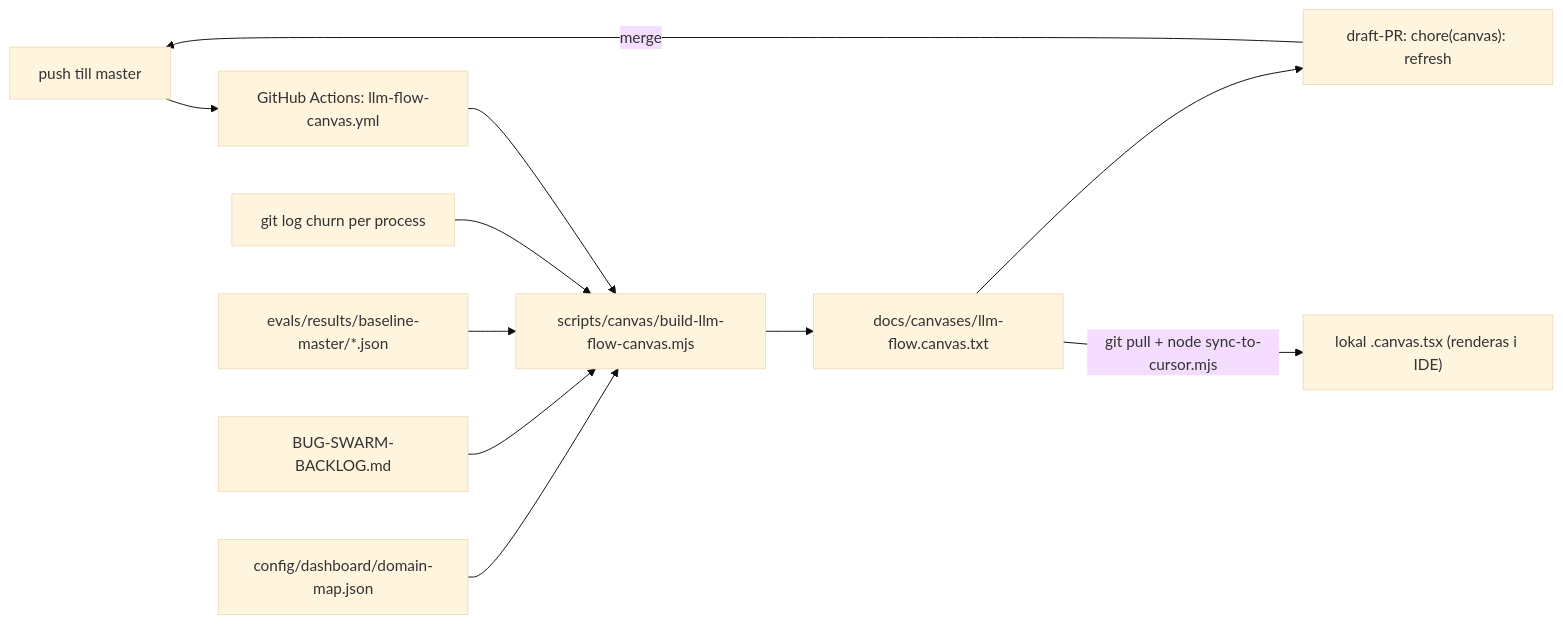
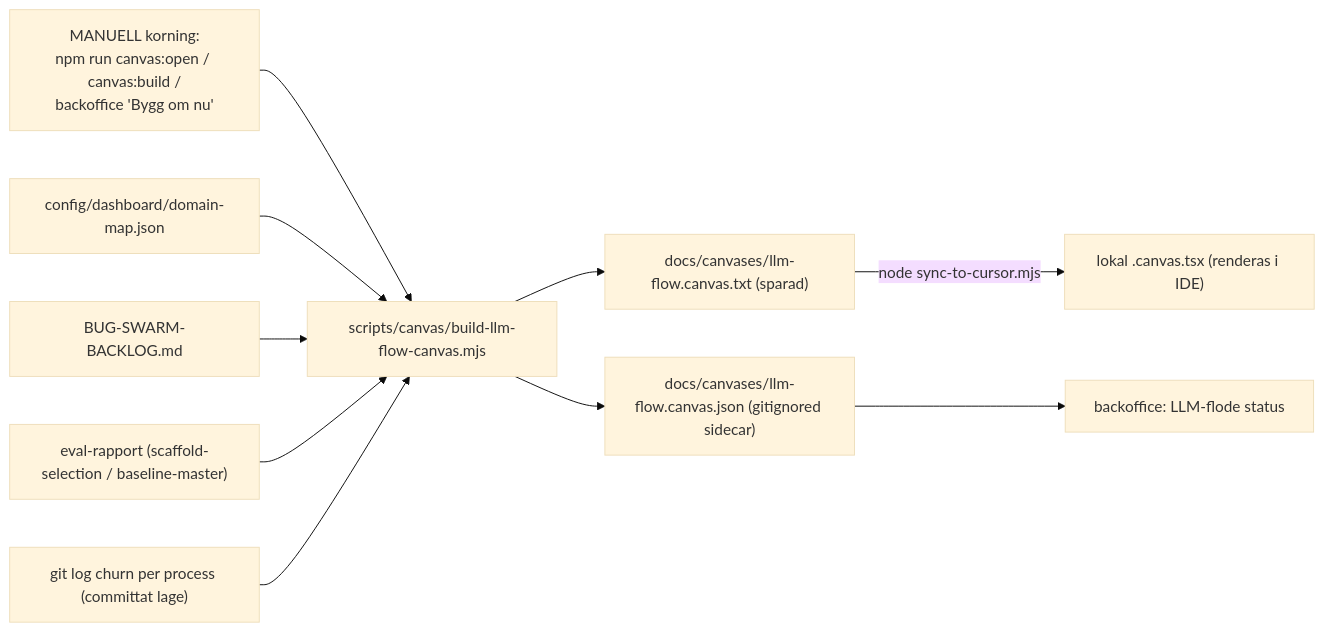
One commit to Jakeminator123/sajtmaskin changed the diagram in docs/canvases/llm-flow-canvas.plan.md. Above: the diagram before and after it, drawn with Mermaid (base theme). The commit also changed other lines of this file and 3 other files, not shown here.

````diff
--- a/docs/canvases/llm-flow-canvas.plan.md
+++ b/docs/canvases/llm-flow-canvas.plan.md
@@ -36,13 +37,12 @@
 ```mermaid
 flowchart LR
-  masterPush["push till master"] --> wf["GitHub Actions: llm-flow-canvas.yml"]
-  domainmap["config/dashboard/domain-map.json"] --> gen["scripts/canvas/build-llm-flow-canvas.mjs"]
+  trigger["MANUELL korning:<br/>npm run canvas:open / canvas:build /<br/>backoffice 'Bygg om nu'"] --> gen["scripts/canvas/build-llm-flow-canvas.mjs"]
+  domainmap["config/dashboard/domain-map.json"] --> gen
   backlog["BUG-SWARM-BACKLOG.md"] --> gen
-  evals["evals/results/baseline-master/*.json"] --> gen
-  churn["git log churn per process"] --> gen
-  wf --> gen
-  gen --> txt["docs/canvases/llm-flow.canvas.txt"]
-  txt --> pr["draft-PR: chore(canvas): refresh"]
-  pr -->|merge| masterPush
-  txt -->|"git pull + node sync-to-cursor.mjs"| local["lokal .canvas.tsx (renderas i IDE)"]
+  evals["eval-rapport (scaffold-selection / baseline-master)"] --> gen
+  churn["git log churn per process (committat lage)"] --> gen
+  gen --> txt["docs/canvases/llm-flow.canvas.txt (sparad)"]
+  gen --> json["docs/canvases/llm-flow.canvas.json (gitignored sidecar)"]
+  txt -->|"node sync-to-cursor.mjs"| local["lokal .canvas.tsx (renderas i IDE)"]
+  json --> backoffice["backoffice: LLM-flode status"]
 ```
````
